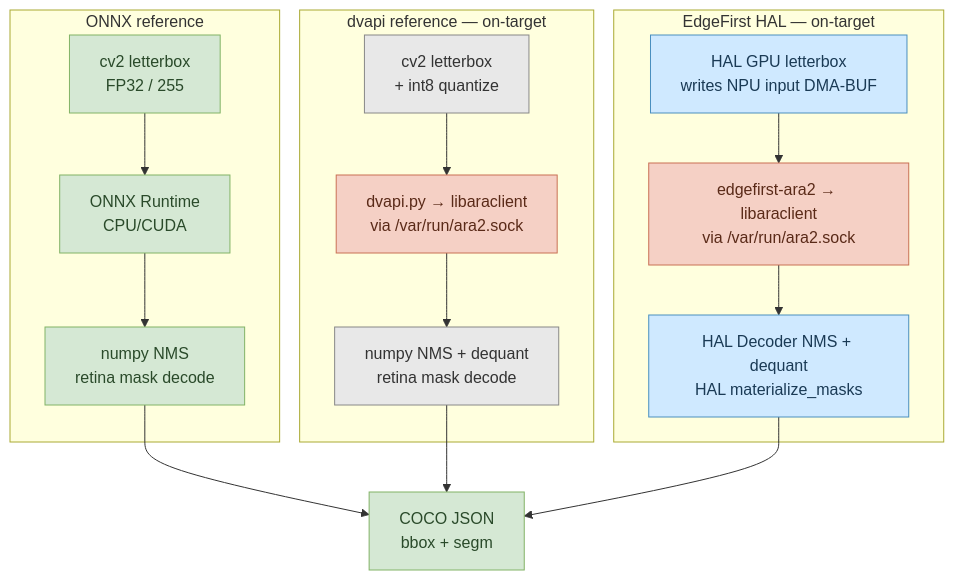
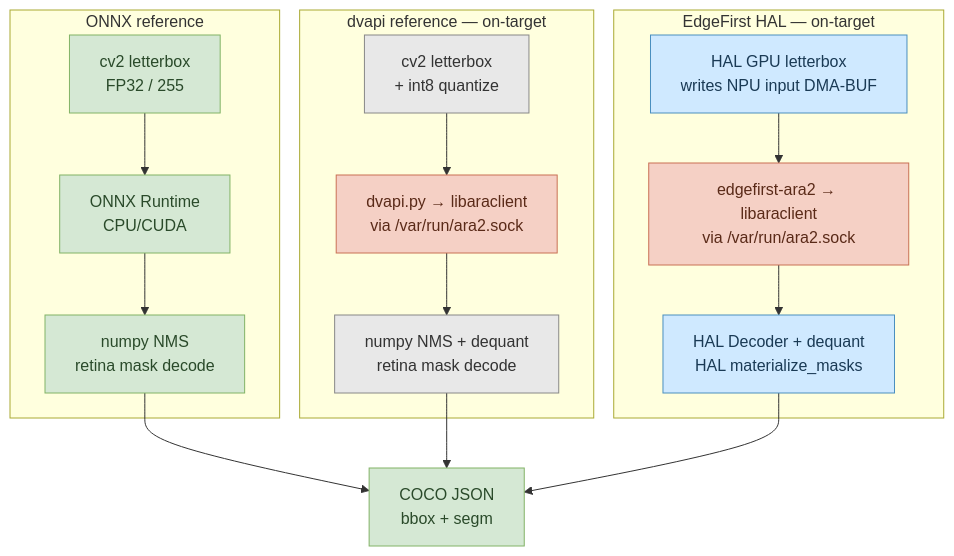
One commit to EdgeFirstAI/ara2-validator changed the diagram in README.md. Above: the diagram before and after it, drawn with Mermaid. The commit also changed other lines of this file and 1 other file, not shown here.

First line of the commit message:
Rename NMS→Decode in timing tables and add post-processing breakdown

````diff
--- a/README.md
+++ b/README.md
@@ -336,29 +366,29 @@
 ```mermaid
 flowchart TD
     classDef cpu fill:#e8e8e8,stroke:#888,color:#333
     classDef gpu fill:#cfe9ff,stroke:#4a8fbf,color:#1a3a55
     classDef npu fill:#f5d0c5,stroke:#c97155,color:#5a2a18
     classDef host fill:#d5e8d4,stroke:#82b366,color:#2a4a2a
 
     subgraph host_path[ONNX reference]
         H1[cv2 letterbox<br/>FP32 / 255]:::host
         H2[ONNX Runtime<br/>CPU/CUDA]:::host
         H3[numpy NMS<br/>retina mask decode]:::host
     end
 
     subgraph dvapi_path[dvapi reference — on-target]
         D1[cv2 letterbox<br/>+ int8 quantize]:::cpu
         D2[dvapi.py → libaraclient<br/>via /var/run/ara2.sock]:::npu
         D3[numpy NMS + dequant<br/>retina mask decode]:::cpu
     end
 
     subgraph hal_path[EdgeFirst HAL — on-target]
         E1[HAL GPU letterbox<br/>writes NPU input DMA-BUF]:::gpu
         E2[edgefirst-ara2 → libaraclient<br/>via /var/run/ara2.sock]:::npu
-        E3[HAL Decoder NMS + dequant<br/>HAL materialize_masks]:::gpu
+        E3[HAL Decoder + dequant<br/>HAL materialize_masks]:::gpu
     end
 
     H1 --> H2 --> H3 --> COCO[COCO JSON<br/>bbox + segm]:::host
     D1 --> D2 --> D3 --> COCO
     E1 --> E2 --> E3 --> COCO
 ```
````
